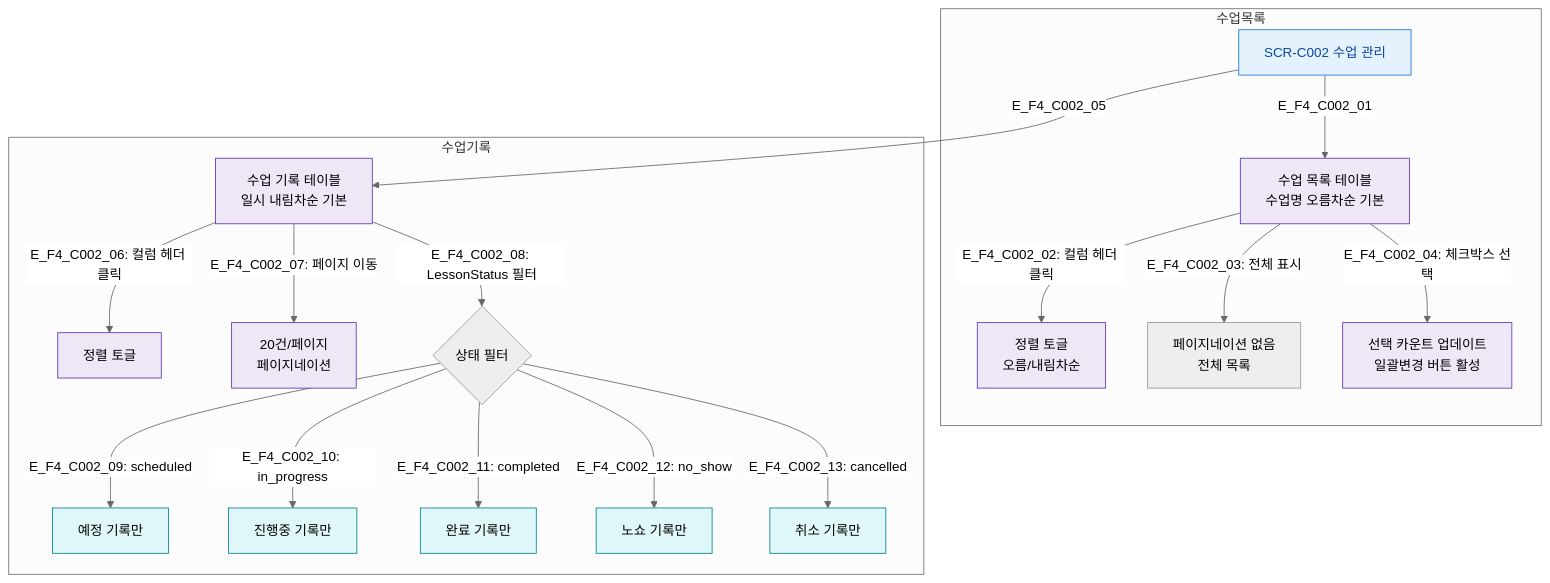
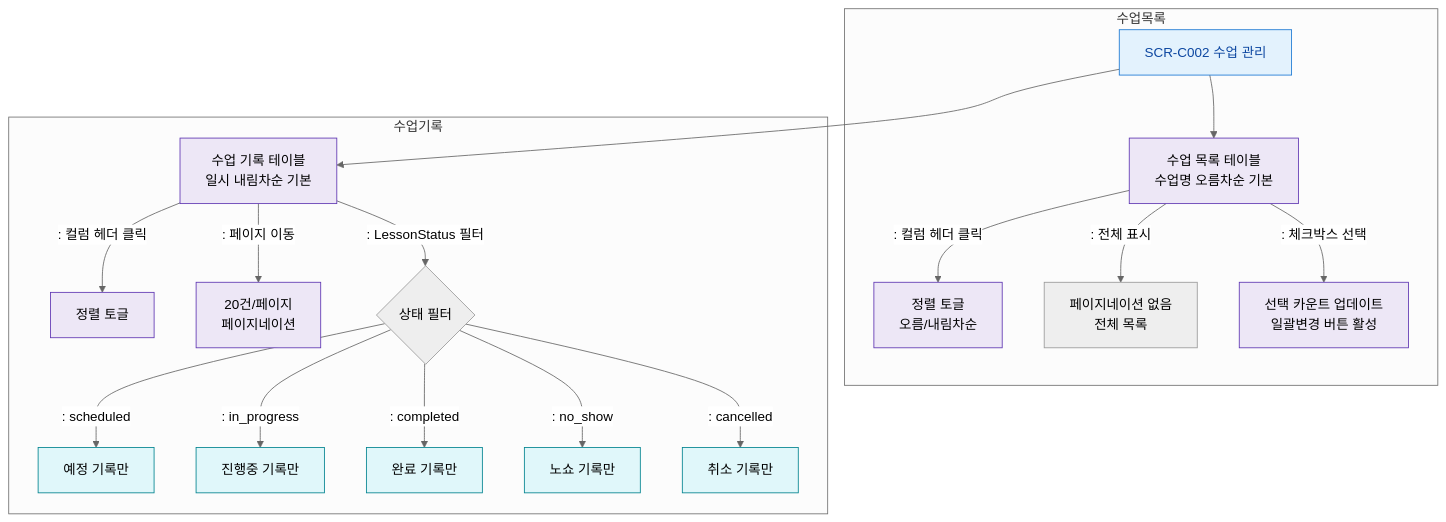
The diagram in docs/다이어그램/D04_수업관리/SCR-C002_수업관리/F4_필터검색.md (dev-spogym/admin-pando), drawn with Mermaid (neutral theme) before and after one commit. The commit also changed other lines of this file and 1660 other files, not shown here.

First line of the commit message:
다이어그램: 기획자/클라이언트 납품본으로 정리

````diff
--- a/docs/다이어그램/D04_수업관리/SCR-C002_수업관리/F4_필터검색.md
+++ b/docs/다이어그램/D04_수업관리/SCR-C002_수업관리/F4_필터검색.md
@@ -20,30 +18,30 @@
 ```mermaid
 flowchart TD
   SCR_C002[SCR-C002 수업 관리]
 
   subgraph 수업목록
-    SCR_C002 -->|E_F4_C002_01| LessonTable[수업 목록 테이블\n수업명 오름차순 기본]
-    LessonTable -->|"E_F4_C002_02: 컬럼 헤더 클릭"| SortLesson[정렬 토글\n오름/내림차순]
-    LessonTable -->|"E_F4_C002_03: 전체 표시"| FullLesson[페이지네이션 없음\n전체 목록]
-    LessonTable -->|"E_F4_C002_04: 체크박스 선택"| SelectFilter[선택 카운트 업데이트\n일괄변경 버튼 활성]
+    SCR_C002 --> LessonTable[수업 목록 테이블\n수업명 오름차순 기본]
+    LessonTable -->|": 컬럼 헤더 클릭"|SortLesson[정렬 토글\n오름/내림차순]
+    LessonTable -->|": 전체 표시"|FullLesson[페이지네이션 없음\n전체 목록]
+    LessonTable -->|": 체크박스 선택"|SelectFilter[선택 카운트 업데이트\n일괄변경 버튼 활성]
   end
 
   subgraph 수업기록
-    SCR_C002 -->|E_F4_C002_05| RecordTable[수업 기록 테이블\n일시 내림차순 기본]
-    RecordTable -->|"E_F4_C002_06: 컬럼 헤더 클릭"| SortRecord[정렬 토글]
-    RecordTable -->|"E_F4_C002_07: 페이지 이동"| PageRecord[20건/페이지\n페이지네이션]
-    RecordTable -->|"E_F4_C002_08: LessonStatus 필터"| FilterStatus{상태 필터}
-    FilterStatus -->|"E_F4_C002_09: scheduled"| ShowScheduled[예정 기록만]
-    FilterStatus -->|"E_F4_C002_10: in_progress"| ShowInProgress[진행중 기록만]
-    FilterStatus -->|"E_F4_C002_11: completed"| ShowCompleted[완료 기록만]
-    FilterStatus -->|"E_F4_C002_12: no_show"| ShowNoShow[노쇼 기록만]
-    FilterStatus -->|"E_F4_C002_13: cancelled"| ShowCancelled[취소 기록만]
+    SCR_C002 --> RecordTable[수업 기록 테이블\n일시 내림차순 기본]
+    RecordTable -->|": 컬럼 헤더 클릭"|SortRecord[정렬 토글]
+    RecordTable -->|": 페이지 이동"|PageRecord[20건/페이지\n페이지네이션]
+    RecordTable -->|": LessonStatus 필터"|FilterStatus{상태 필터}
+    FilterStatus -->|": scheduled"|ShowScheduled[예정 기록만]
+    FilterStatus -->|": in_progress"|ShowInProgress[진행중 기록만]
+    FilterStatus -->|": completed"|ShowCompleted[완료 기록만]
+    FilterStatus -->|": no_show"|ShowNoShow[노쇼 기록만]
+    FilterStatus -->|": cancelled"|ShowCancelled[취소 기록만]
   end
 
   classDef screen fill:#E3F2FD,stroke:#1976D2,color:#0D47A1
   classDef system fill:#EDE7F6,stroke:#5E35B2
   classDef info fill:#E0F7FA,stroke:#00838F
   class SCR_C002 screen
   class LessonTable,RecordTable,SortLesson,SortRecord,PageRecord,SelectFilter system
   class ShowScheduled,ShowInProgress,ShowCompleted,ShowNoShow,ShowCancelled info
 ```
````
